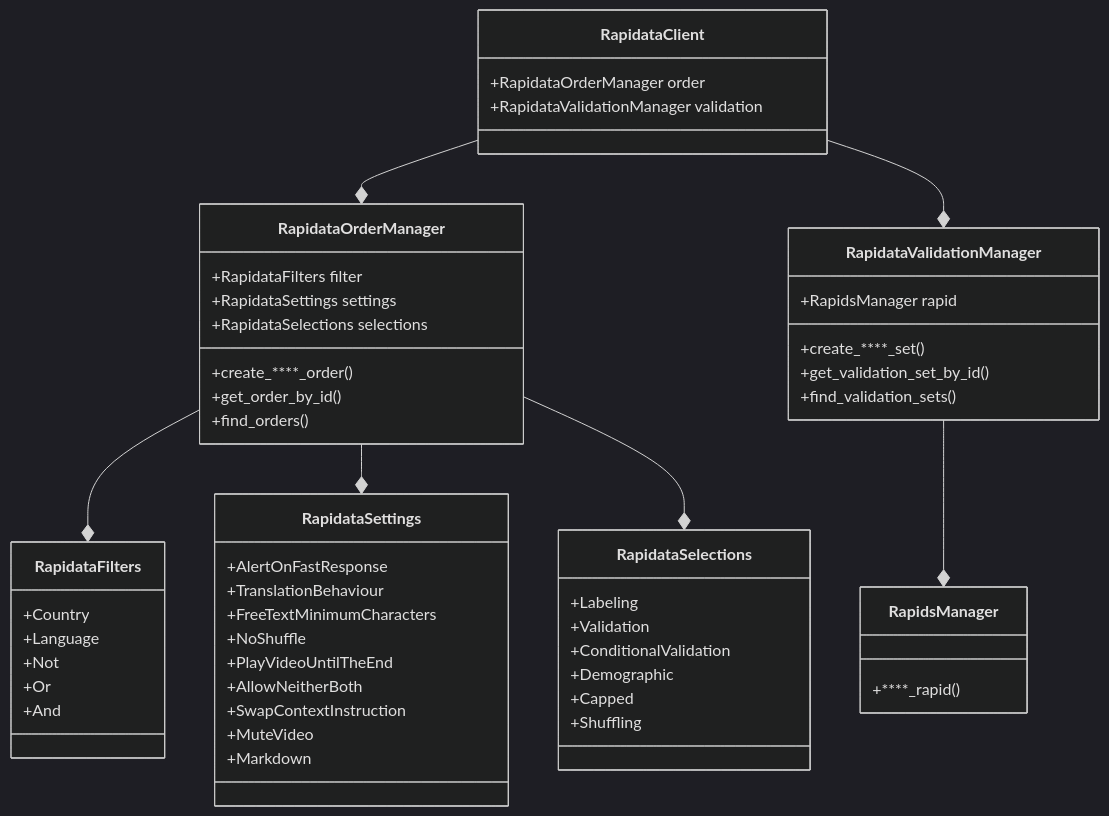
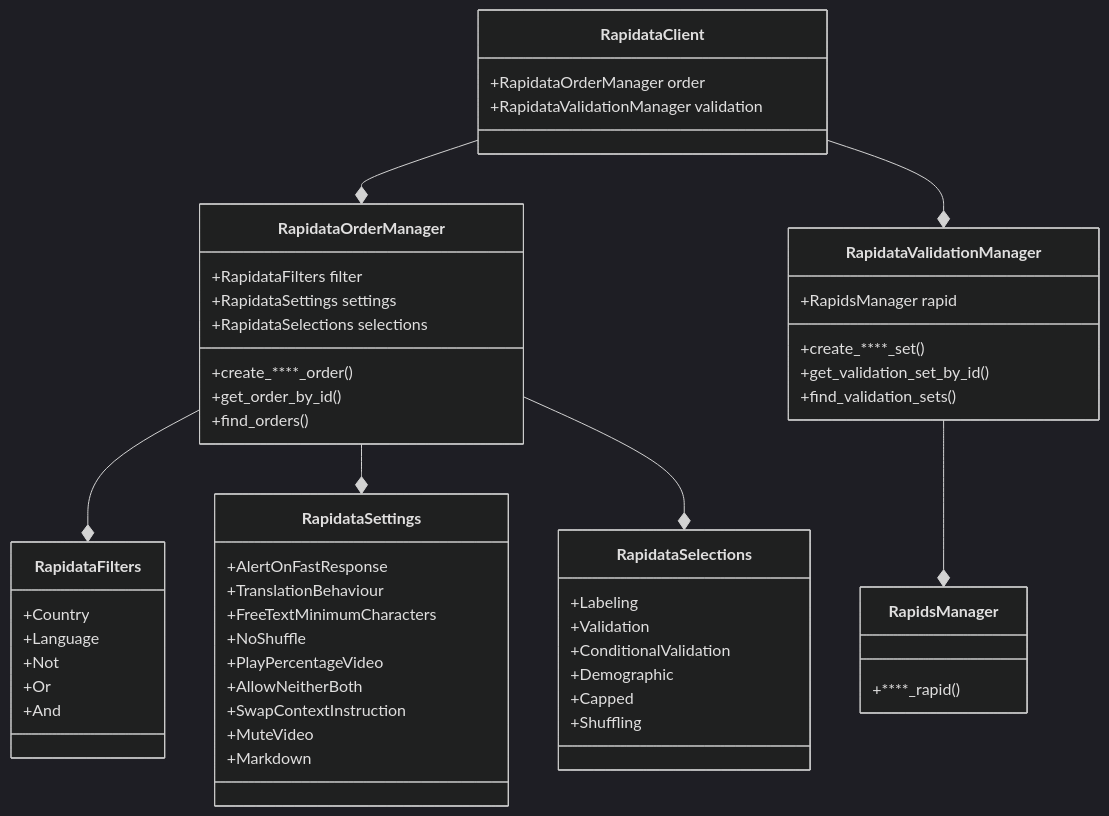
Before and after one commit to RapidataAI/rapidata-python-sdk: the diagram in docs/api.md, drawn with Mermaid (dark theme). The commit also changed 7 other files, not shown here.

First line of the commit message:
moved play video until the end to play percentage video (#523)

````diff
--- a/docs/api.md
+++ b/docs/api.md
@@ -2,72 +2,72 @@
 ```mermaid
 classDiagram
     class RapidataClient {
         +RapidataOrderManager order
         +RapidataValidationManager validation
     }
     
     class RapidataOrderManager {
         +RapidataFilters filter
         +RapidataSettings settings
         +RapidataSelections selections
         +create_****_order()
         +get_order_by_id()
         +find_orders()
     }
     
     class RapidataValidationManager {
         +RapidsManager rapid
         +create_****_set()
         +get_validation_set_by_id()
         +find_validation_sets()
     }
     
     class RapidataFilters {
         +Country
         +Language
         +Not
         +Or
         +And
     }
 
     class RapidataSettings {
         +AlertOnFastResponse
         +TranslationBehaviour
         +FreeTextMinimumCharacters
         +NoShuffle
-        +PlayVideoUntilTheEnd
+        +PlayPercentageVideo
         +AllowNeitherBoth
         +SwapContextInstruction
         +MuteVideo
         +Markdown
     }
 
     class RapidataSelections {
         +Labeling
         +Validation
         +ConditionalValidation
         +Demographic
         +Capped
         +Shuffling
     }
     
     class RapidsManager {
         +****_rapid()
     }
 
     RapidataClient --* RapidataOrderManager
     RapidataClient --* RapidataValidationManager
     RapidataOrderManager --* RapidataFilters
     RapidataOrderManager --* RapidataSettings
     RapidataOrderManager --* RapidataSelections
     RapidataValidationManager --* RapidsManager
 
     link RapidataClient "../reference/rapidata/rapidata_client/rapidata_client/" ""
     link RapidataOrderManager "../reference/rapidata/rapidata_client/order/rapidata_order_manager/" ""
     link RapidataValidationManager "../reference/rapidata/rapidata_client/validation/validation_set_manager/" ""
     link RapidataFilters "../reference/rapidata/rapidata_client/filter/rapidata_filters/" ""
     link RapidataSettings "../reference/rapidata/rapidata_client/settings/rapidata_settings/" ""
     link RapidataSelections "../reference/rapidata/rapidata_client/selection/rapidata_selections/" ""
     link RapidsManager "../reference/rapidata/rapidata_client/validation/rapids/rapids_manager/" ""
 
 ```
````
